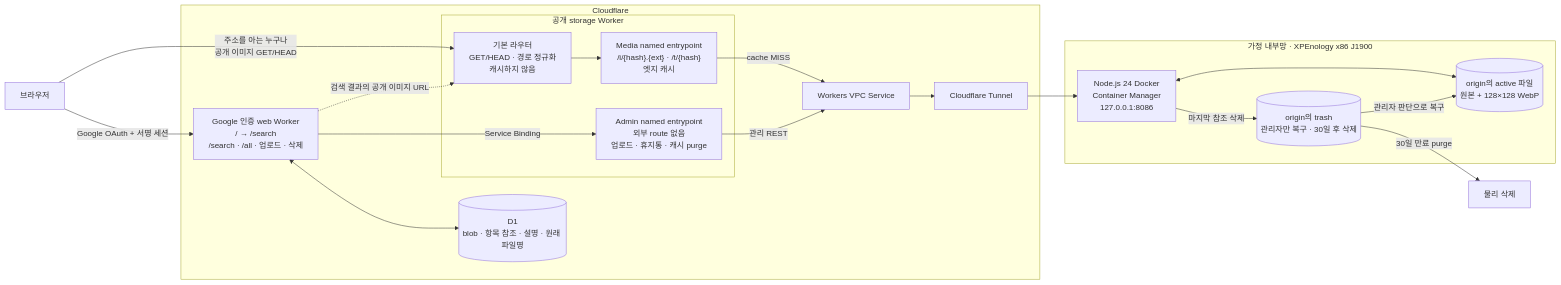
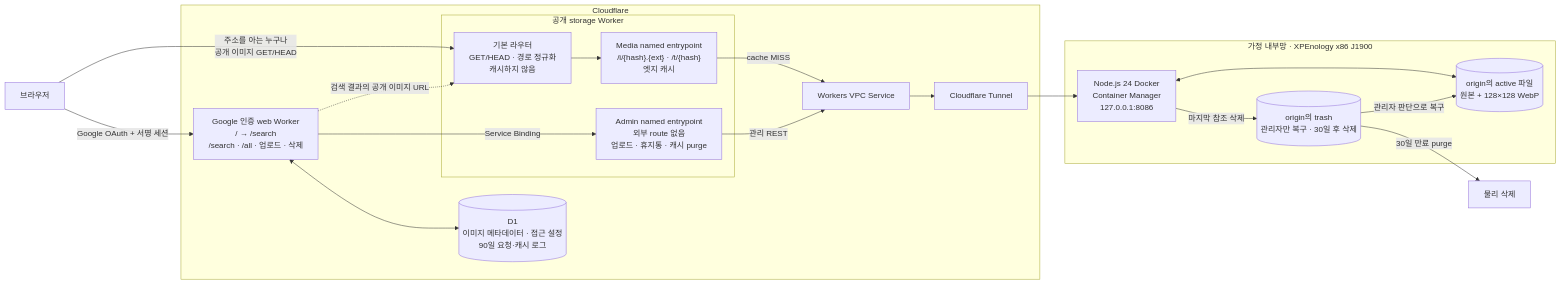
The first of 4 diagrams in docs/architecture.md (octopus7/meme), drawn with Mermaid before and after one commit. The commit also changed other lines of this file and 23 other files, not shown here.

````diff
--- a/docs/architecture.md
+++ b/docs/architecture.md
@@ -8,38 +8,38 @@
 ```mermaid
 flowchart LR
     U["브라우저"]
     subgraph CF["Cloudflare"]
         W["Google 인증 web Worker<br/>/ → /search<br/>/search · /all · 업로드 · 삭제"]
-        D[("D1<br/>blob · 항목 참조 · 설명 · 원래 파일명")]
+        D[("D1<br/>이미지 메타데이터 · 접근 설정<br/>90일 요청·캐시 로그")]
 
         subgraph S["공개 storage Worker"]
             R["기본 라우터<br/>GET/HEAD · 경로 정규화<br/>캐시하지 않음"]
             M["Media named entrypoint<br/>/i/{hash}.{ext} · /t/{hash}<br/>엣지 캐시"]
             AD["Admin named entrypoint<br/>외부 route 없음<br/>업로드 · 휴지통 · 캐시 purge"]
         end
 
         V["Workers VPC Service"]
         T["Cloudflare Tunnel"]
     end
 
     subgraph HOME["가정 내부망 · XPEnology x86 J1900"]
         O["Node.js 24 Docker<br/>Container Manager<br/>127.0.0.1:8086"]
         F[("origin의 active 파일<br/>원본 + 128×128 WebP")]
         X[("origin의 trash<br/>관리자만 복구 · 30일 후 삭제")]
     end
 
     U -->|"Google OAuth + 서명 세션"| W
     W <--> D
     W -->|"Service Binding"| AD
     U -->|"주소를 아는 누구나<br/>공개 이미지 GET/HEAD"| R
     W -.->|"검색 결과의 공개 이미지 URL"| R
     R --> M
     M -->|"cache MISS"| V
     AD -->|"관리 REST"| V
     V --> T
     T --> O
     O <--> F
     O -->|"마지막 참조 삭제"| X
     X -->|"관리자 판단으로 복구"| F
     X -->|"30일 만료 purge"| P["물리 삭제"]
 ```
````
